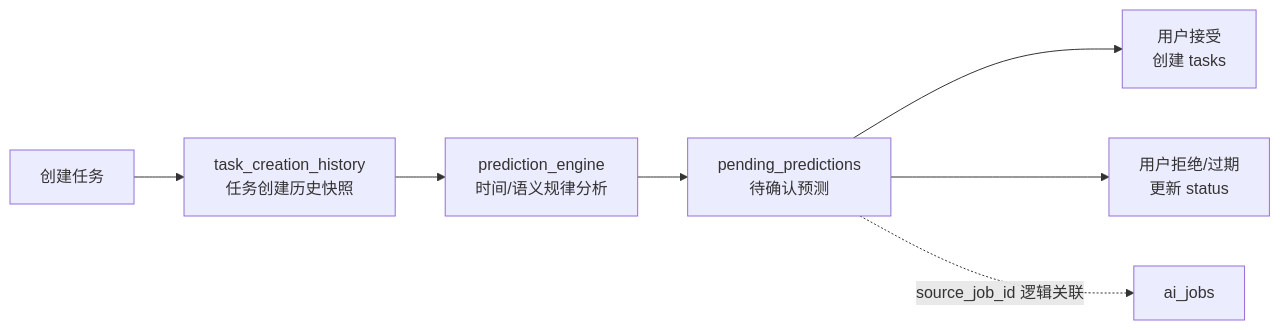
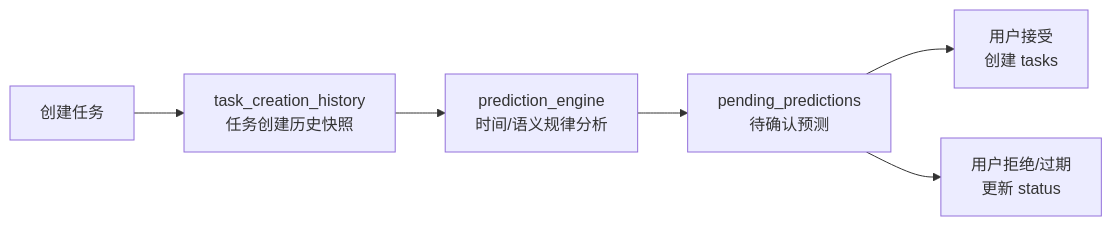
One commit to Jianzhe228/tracker changed the fifth of 10 diagrams in docs/数据库设计说明.md. Above: the diagram before and after it, drawn with Mermaid. The commit also changed other lines of this file and 9 other files, not shown here.

First line of the commit message:
refactor(db)!: treat current schema as v1, drop all pre-release compatibility

````diff
--- a/docs/数据库设计说明.md
+++ b/docs/数据库设计说明.md
@@ -191,9 +188,8 @@
 ```mermaid
 graph LR
   Create["创建任务"] --> History["task_creation_history<br/>任务创建历史快照"]
   History --> Engine["prediction_engine<br/>时间/语义规律分析"]
   Engine --> Pending["pending_predictions<br/>待确认预测"]
   Pending --> Accept["用户接受<br/>创建 tasks"]
   Pending --> Reject["用户拒绝/过期<br/>更新 status"]
-  Pending -. "source_job_id 逻辑关联" .-> Job["ai_jobs"]
 ```
````
